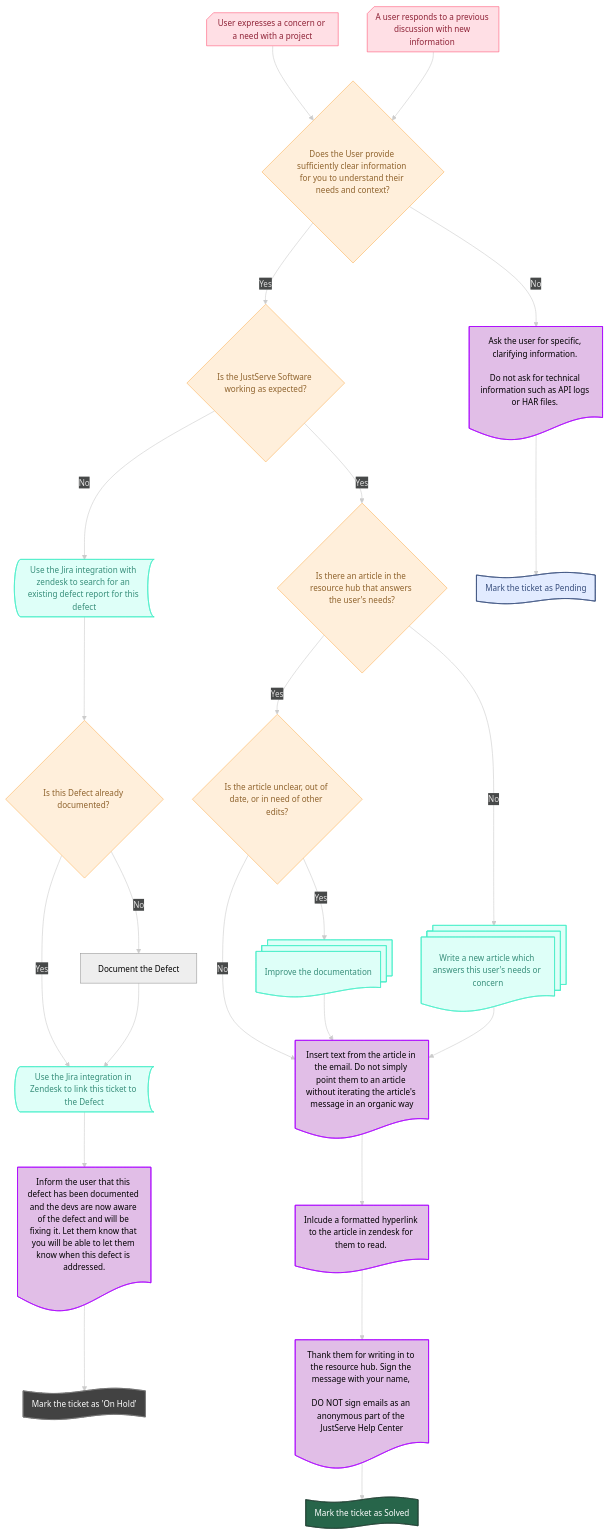
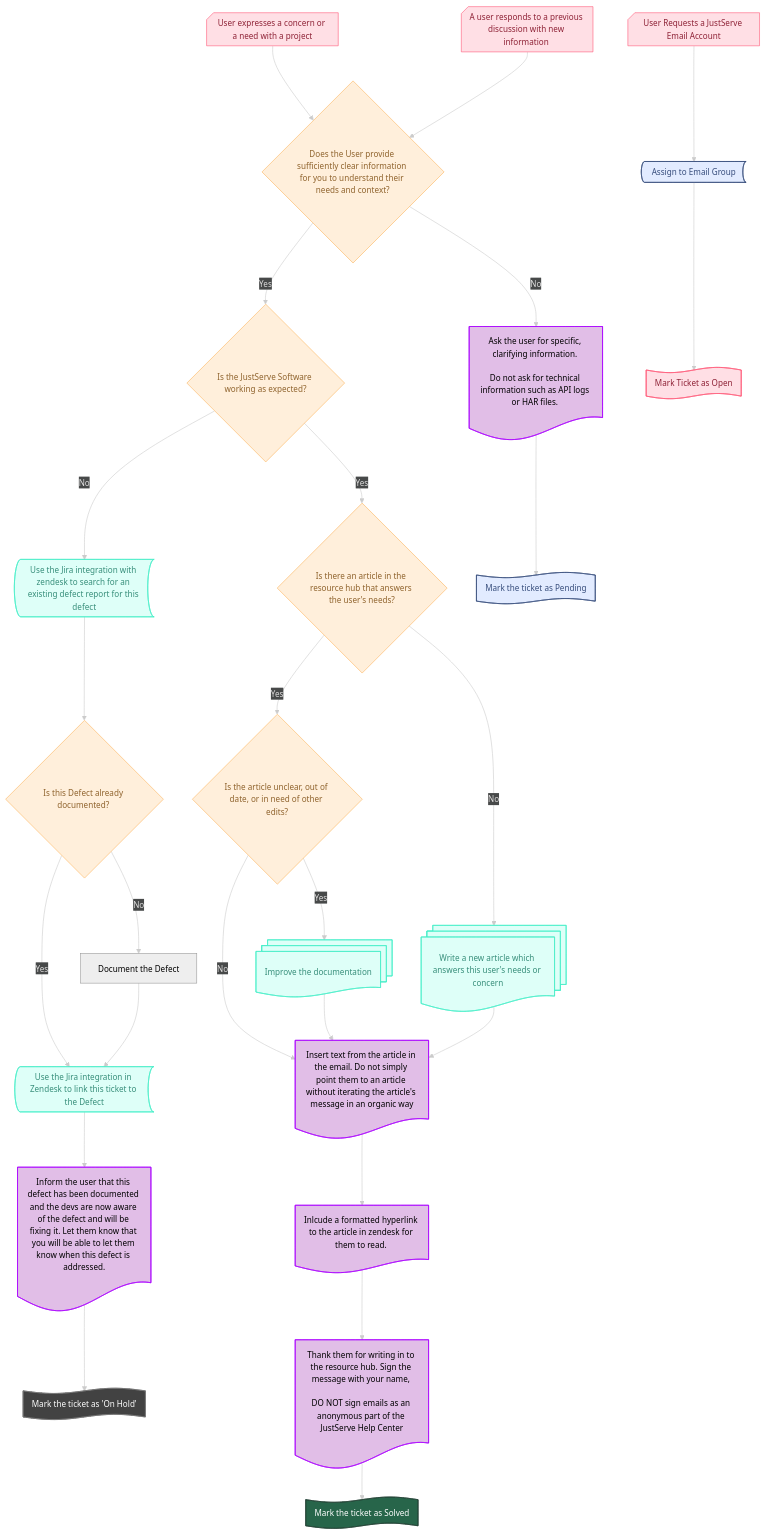
The diagram in src/docs/asciidoc/en/Workflows/Help-Requests.md (JustServe-Resources/Documentation), drawn with Mermaid before and after one commit.

Commit message:
docs: add email assignment to RH workflow

````diff
--- a/src/docs/asciidoc/en/Workflows/Help-Requests.md
+++ b/src/docs/asciidoc/en/Workflows/Help-Requests.md
@@ -23,10 +23,10 @@
     n7["Is the JustServe Software working as expected?"] -- No --> n10["Use the Jira integration with zendesk to search for an existing defect report for this defect"]
     n7 -- Yes --> n2
     n8["Is this Defect already documented? <br>"] -- No --> n9["Document the Defect"]
-    click n9 "https://github.com/JustServe-Resources/Documentation/blob/docs/src/docs/asciidoc/en/Workflows/Help-Requests.md/Document-a-Defect.md" _blank
     n10 --> n8
     n4 --> n6
     n8 -- Yes --> n11["Use the Jira integration in Zendesk to link this ticket to the Defect"]
+    click n9 "https://github.com/JustServe-Resources/Documentation/blob/docs/src/docs/asciidoc/en/Workflows/Help-Requests.md/Document-a-Defect.md" _blank
     n9 --> n11
     n11 --> n12["Inform the user that this defect has been documented and the devs are now aware of the defect and will be fixing it. Let them know that you will be able to let them know when this defect is addressed."]
     n12 --> n13@{ label: "Mark the ticket as 'On Hold'" }
@@ -37,6 +37,8 @@
     n17 -- Yes --> n7
     n18 --> n19["Mark the ticket as Pending"]
     n20["A user responds to a previous discussion with new information <br>"] --> n17
+    n21["User Requests a JustServe Email Account"] --> n22["Assign to Email Group"]
+    n22 --> n23["Mark Ticket as Open"]
     n1@{ shape: card}
     n17@{ shape: diam}
     n2@{ shape: diam}
@@ -56,6 +58,9 @@
     n18@{ shape: doc}
     n19@{ shape: paper-tape}
     n20@{ shape: card}
+    n21@{ shape: card}
+    n22@{ shape: stored-data}
+    n23@{ shape: paper-tape}
      n1:::Rose
      n17:::Peach
      n2:::Peach
@@ -84,13 +89,16 @@
      n18:::email
      n19:::Sky
      n20:::Rose
+     n21:::Rose
+     n22:::Sky
+     n23:::Rose
     classDef Peach stroke-width:1px, stroke-dasharray:none, stroke:#FBB35A, fill:#FFEFDB, color:#8F632D
     classDef email stroke:#AA00FF, fill:#E1BEE7, color:#000000
     classDef Aqua stroke-width:1px, stroke-dasharray:none, stroke:#46EDC8, fill:#DEFFF8, color:#378E7A
     classDef OnHold stroke-width:1px, stroke-dasharray: 0, stroke:#757575, fill:#424242, color:#FFFFFF
     classDef Pine stroke-width:1px, stroke-dasharray:none, stroke:#254336, fill:#27654A, color:#FFFFFF
-    classDef Sky stroke-width:1px, stroke-dasharray:none, stroke:#374D7C, fill:#E2EBFF, color:#374D7C
     classDef Ash stroke-width:1px, stroke-dasharray:none, stroke:#999999, fill:#EEEEEE, color:#000000
     classDef Rose stroke-width:1px, stroke-dasharray:none, stroke:#FF5978, fill:#FFDFE5, color:#8E2236
-
+    classDef Sky stroke-width:1px, stroke-dasharray:none, stroke:#374D7C, fill:#E2EBFF, color:#374D7C
+    click n9 "./Document-a-Defect.md"
 ```
````
